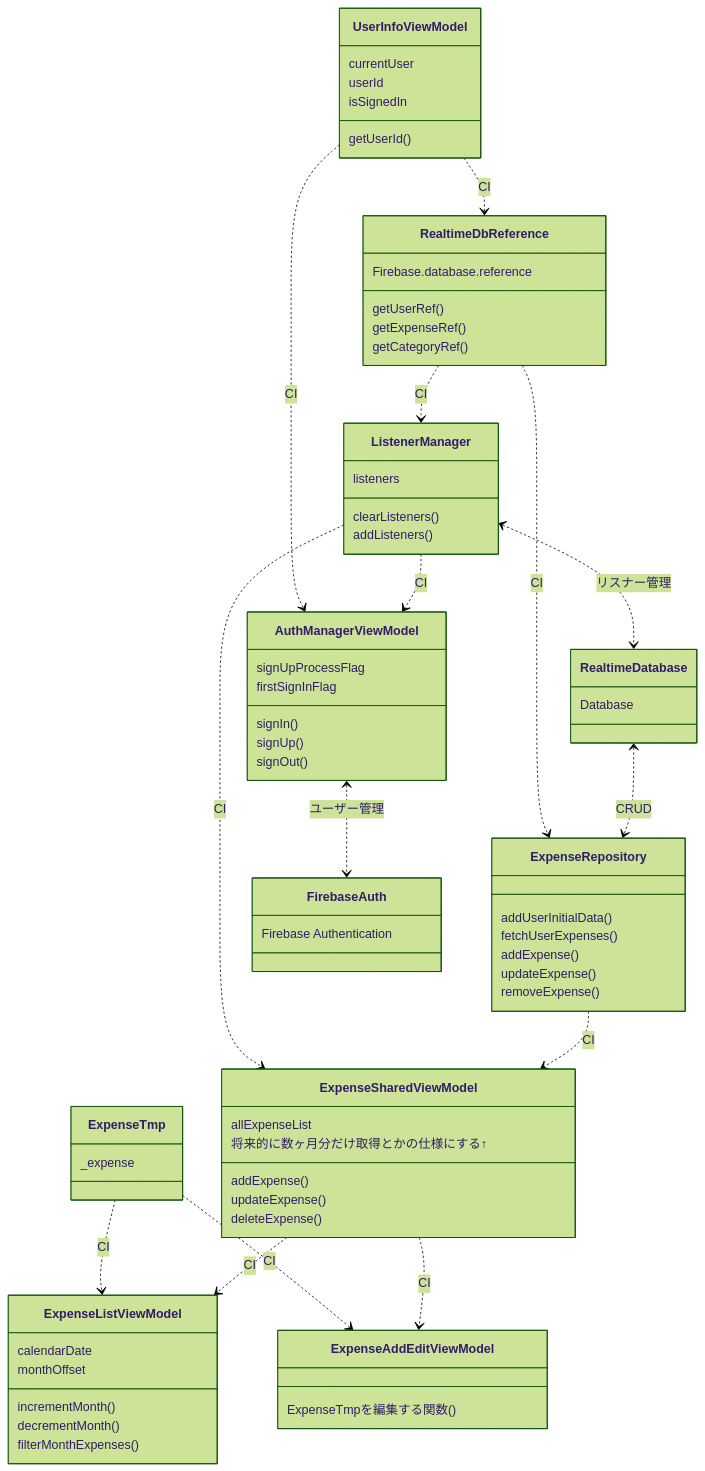
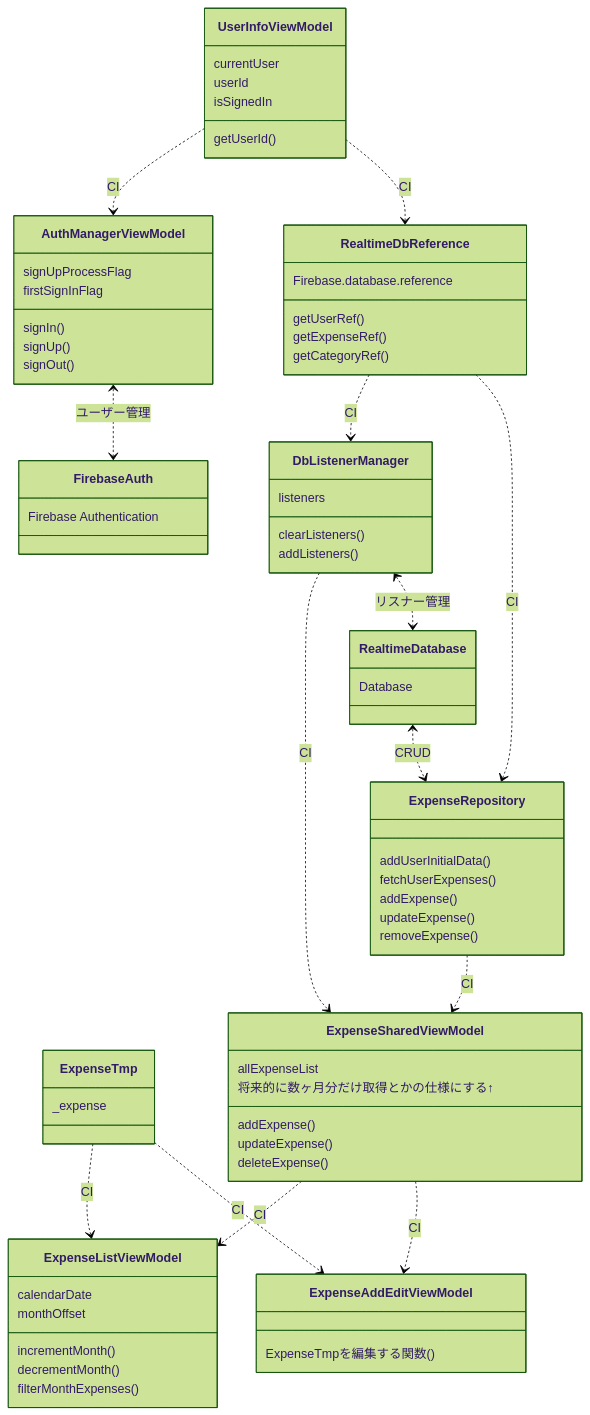
Before and after one commit to GakuAkita/HouseholdExpenses: the diagram in app/src/main/java/gaku/original/myapplication/UML/ClassDiagram.md, drawn with Mermaid (forest theme). The commit also changed 6 other files, not shown here.

```diff
--- a/app/src/main/java/gaku/original/myapplication/UML/ClassDiagram.md
+++ b/app/src/main/java/gaku/original/myapplication/UML/ClassDiagram.md
@@ -32,7 +32,7 @@
 removeExpense()
 }
 
-class ListenerManager {
+class DbListenerManager {
 listeners
 
 clearListeners()
@@ -48,7 +48,7 @@
 deleteExpense()
 }
 
-ListenerManager ..> ExpenseSharedViewModel :CI
+DbListenerManager ..> ExpenseSharedViewModel :CI
 ExpenseRepository ..> ExpenseSharedViewModel :CI
 ExpenseSharedViewModel ..> ExpenseListViewModel :CI
 ExpenseSharedViewModel ..> ExpenseAddEditViewModel :CI
@@ -61,9 +61,9 @@
 getCategoryRef()
 }
 
-RealtimeDbReference ..> ListenerManager : CI
+RealtimeDbReference ..> DbListenerManager : CI
 RealtimeDbReference ..> ExpenseRepository : CI
-ListenerManager <..> RealtimeDatabase :リスナー管理
+DbListenerManager <..> RealtimeDatabase :リスナー管理
 
 %%Firebase関連がまとめられる。ユーザーとか
 class UserInfoViewModel {
@@ -82,9 +82,8 @@
 }
 UserInfoViewModel ..> AuthManagerViewModel :CI
 UserInfoViewModel ..> RealtimeDbReference :CI
-ListenerManager ..> AuthManagerViewModel :CI
 %%キモいけどlistenerをサイン・アウト時にクリアするにはこうやって渡すしかないか～
-%% ListenerManager ..> UserManageViewModel :CI 
+%% DbListenerManager ..> UserManageViewModel :CI 
 %% UserManageViewModel ..> RealtimeDbReference : CI
 
 class RealtimeDatabase{
```
